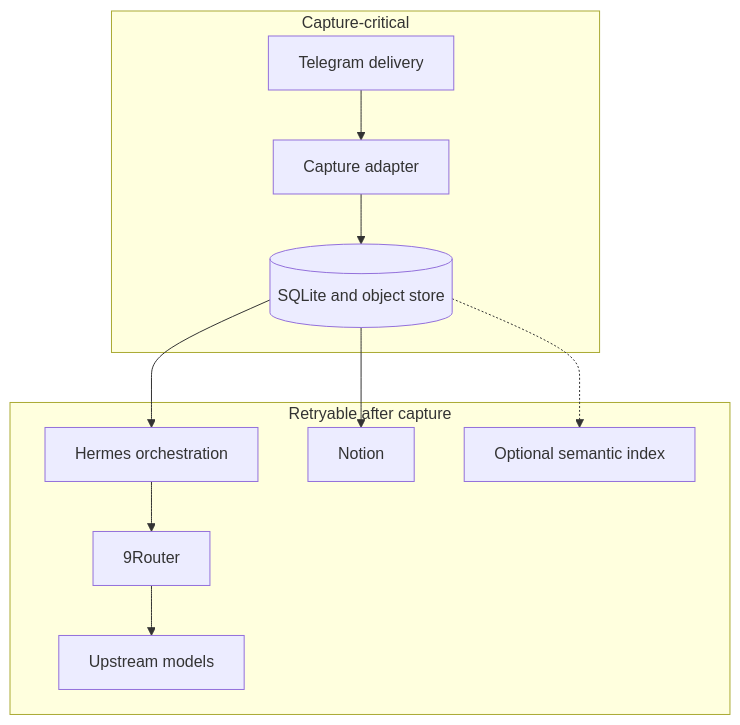
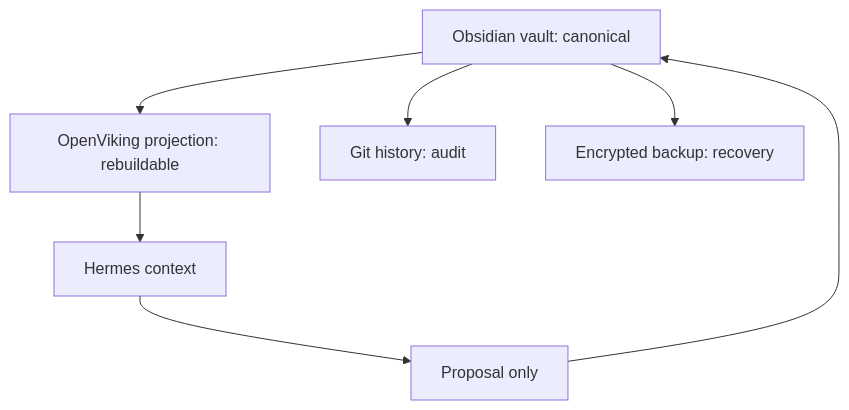
Before and after one commit to tienbac2314/north-obsidian-vault: the fourth of 5 diagrams in docs/architecture/diagrams.md, drawn with Mermaid. The commit also changed other lines of this file and 29 other files, not shown here.

````diff
--- a/docs/architecture/diagrams.md
+++ b/docs/architecture/diagrams.md
@@ -53,20 +56,9 @@
 ```mermaid
 flowchart TB
-    subgraph Critical["Capture-critical"]
-        TG["Telegram delivery"]
-        CA["Capture adapter"]
-        DB[("SQLite and object store")]
-        TG --> CA --> DB
-    end
-    subgraph Deferred["Retryable after capture"]
-        H["Hermes orchestration"]
-        R9["9Router"]
-        UP["Upstream models"]
-        NO["Notion"]
-        IX["Optional semantic index"]
-        H --> R9 --> UP
-    end
-    DB --> H
-    DB --> NO
-    DB -.-> IX
+    V["Obsidian vault: canonical"] --> P["OpenViking projection: rebuildable"]
+    V --> G["Git history: audit"]
+    V --> B["Encrypted backup: recovery"]
+    P --> H["Hermes context"]
+    H --> Q["Proposal only"]
+    Q --> V
 ```
````
